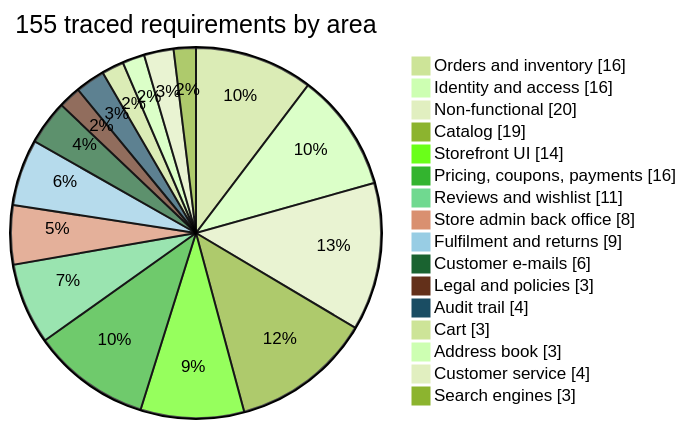
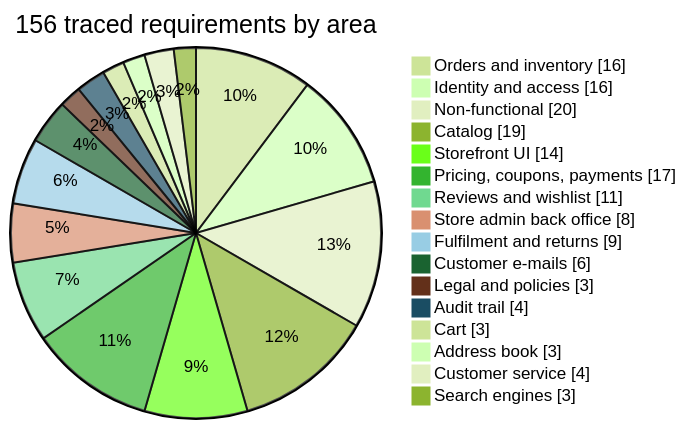
One commit to rbchy/RbcTcsWorld changed the second of 2 diagrams in README.md. Above: the diagram before and after it, drawn with Mermaid (forest theme). The commit also changed other lines of this file and 22 other files, not shown here.

````diff
--- a/README.md
+++ b/README.md
@@ -53,20 +53,20 @@
 ```mermaid
 pie showData
-    title 155 traced requirements by area
+    title 156 traced requirements by area
     "Orders and inventory" : 16
     "Identity and access" : 16
     "Non-functional" : 20
     "Catalog" : 19
     "Storefront UI" : 14
-    "Pricing, coupons, payments" : 16
+    "Pricing, coupons, payments" : 17
     "Reviews and wishlist" : 11
     "Store admin back office" : 8
     "Fulfilment and returns" : 9
     "Customer e-mails" : 6
     "Legal and policies" : 3
     "Audit trail" : 4
     "Cart" : 3
     "Address book" : 3
     "Customer service" : 4
     "Search engines" : 3
 ```
````
